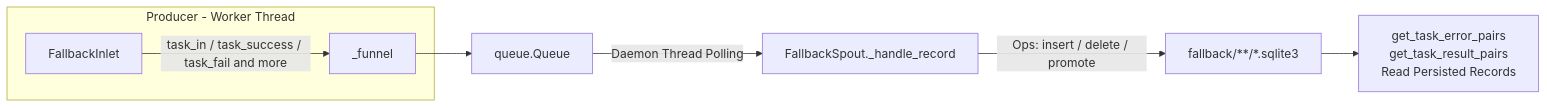
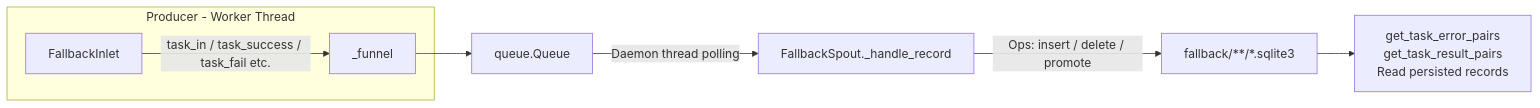
Before and after one commit to Mr-xiaotian/CelestialFlow: the first of 2 diagrams in docs/en/src/persistence/core_fallback.md, drawn with Mermaid. The commit also changed other lines of this file and 156 other files, not shown here.

````diff
--- a/docs/en/src/persistence/core_fallback.md
+++ b/docs/en/src/persistence/core_fallback.md
@@ -13,11 +11,11 @@
 ```mermaid
 flowchart LR
     subgraph Producer["Producer - Worker Thread"]
         Inlet[FallbackInlet]
-        Inlet -->|task_in / task_success / task_fail and more| Funnel[_funnel]
+        Inlet -->|task_in / task_success / task_fail etc.| Funnel[_funnel]
     end
     Funnel --> Queue[queue.Queue]
-    Queue -->|Daemon Thread Polling| Spout[FallbackSpout._handle_record]
+    Queue -->|Daemon thread polling| Spout[FallbackSpout._handle_record]
     Spout -->|Ops: insert / delete / promote| SQLite[fallback/**/*.sqlite3]
-    SQLite --> Read[get_task_error_pairs<br/>get_task_result_pairs<br/>Read Persisted Records]
+    SQLite --> Read[get_task_error_pairs<br/>get_task_result_pairs<br/>Read persisted records]
 ```
````
